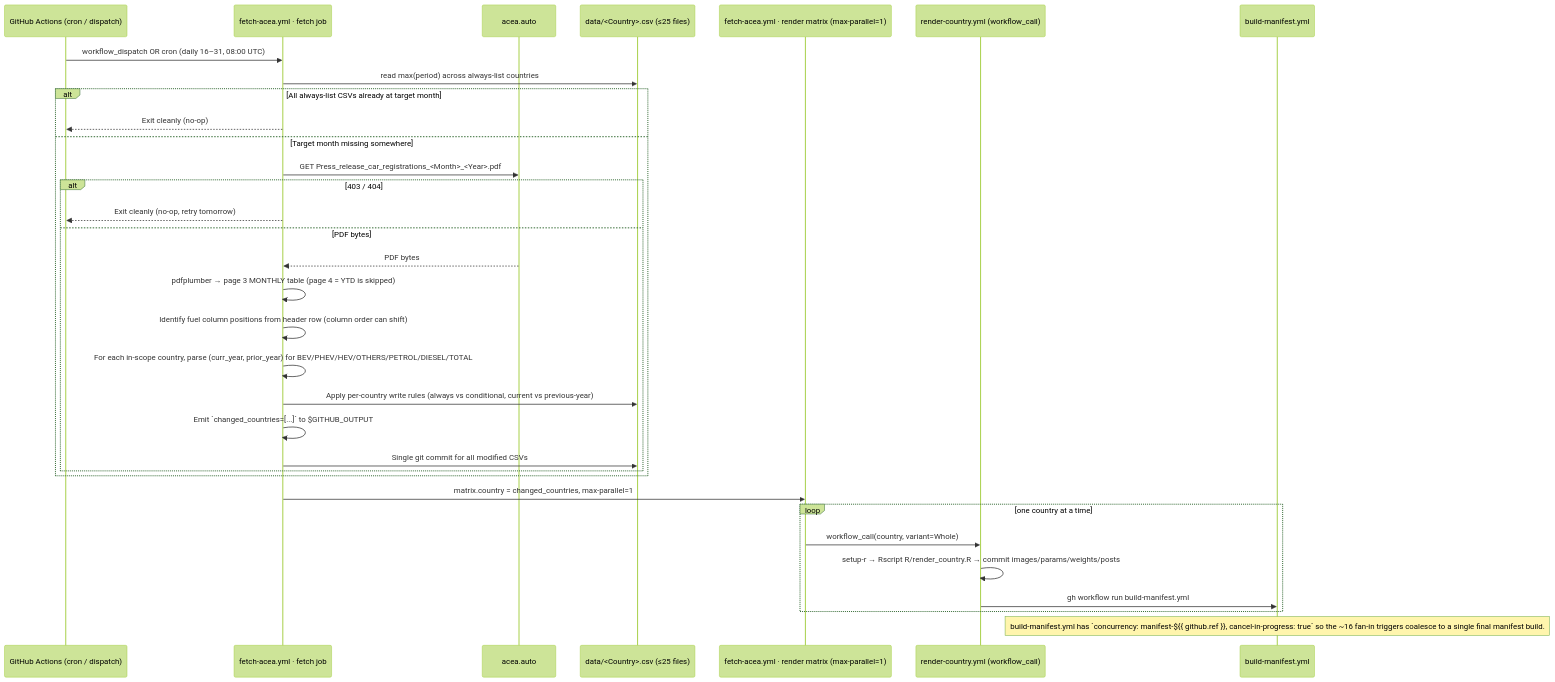
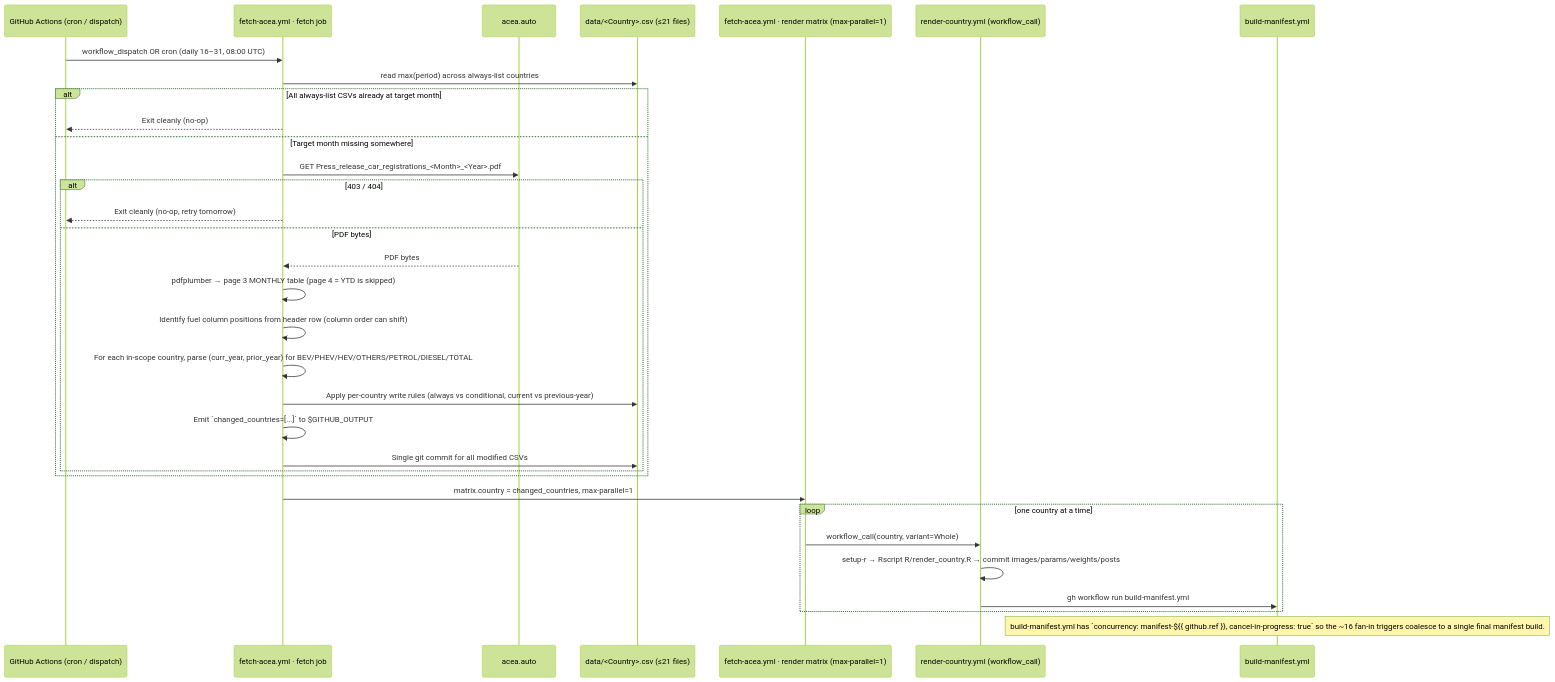
One commit to LeRaffl/LeRaffl-Gallery changed diagram 12 of 12 in docs/architecture/05-flows.md. Above: the diagram before and after it, drawn with Mermaid (forest theme). The commit also changed other lines of this file and 1 other file, not shown here.

````diff
--- a/docs/architecture/05-flows.md
+++ b/docs/architecture/05-flows.md
@@ -422,36 +422,36 @@
 ```mermaid
 sequenceDiagram
     participant Cron as GitHub Actions (cron / dispatch)
     participant Fetch as fetch-acea.yml · fetch job
     participant Site as acea.auto
-    participant CSVs as data/<Country>.csv (≤25 files)
+    participant CSVs as data/<Country>.csv (≤21 files)
     participant Render as fetch-acea.yml · render matrix (max-parallel=1)
     participant RC as render-country.yml (workflow_call)
     participant Manifest as build-manifest.yml
 
     Cron->>Fetch: workflow_dispatch OR cron (daily 16–31, 08:00 UTC)
     Fetch->>CSVs: read max(period) across always-list countries
     alt All always-list CSVs already at target month
         Fetch-->>Cron: Exit cleanly (no-op)
     else Target month missing somewhere
         Fetch->>Site: GET Press_release_car_registrations_<Month>_<Year>.pdf
         alt 403 / 404
             Fetch-->>Cron: Exit cleanly (no-op, retry tomorrow)
         else PDF bytes
             Site-->>Fetch: PDF bytes
             Fetch->>Fetch: pdfplumber → page 3 MONTHLY table (page 4 = YTD is skipped)
             Fetch->>Fetch: Identify fuel column positions from header row (column order can shift)
             Fetch->>Fetch: For each in-scope country, parse (curr_year, prior_year) for BEV/PHEV/HEV/OTHERS/PETROL/DIESEL/TOTAL
             Fetch->>CSVs: Apply per-country write rules (always vs conditional, current vs previous-year)
             Fetch->>Fetch: Emit `changed_countries=[...]` to $GITHUB_OUTPUT
             Fetch->>CSVs: Single git commit for all modified CSVs
         end
     end
     Fetch->>Render: matrix.country = changed_countries, max-parallel=1
     loop one country at a time
         Render->>RC: workflow_call(country, variant=Whole)
         RC->>RC: setup-r → Rscript R/render_country.R → commit images/params/weights/posts
         RC->>Manifest: gh workflow run build-manifest.yml
     end
     Note over Manifest: build-manifest.yml has `concurrency: manifest-${{ github.ref }}, cancel-in-progress: true` so the ~16 fan-in triggers coalesce to a single final manifest build.
 ```
````
